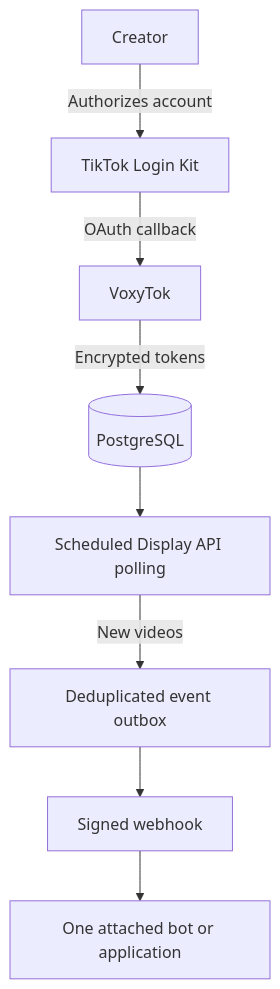
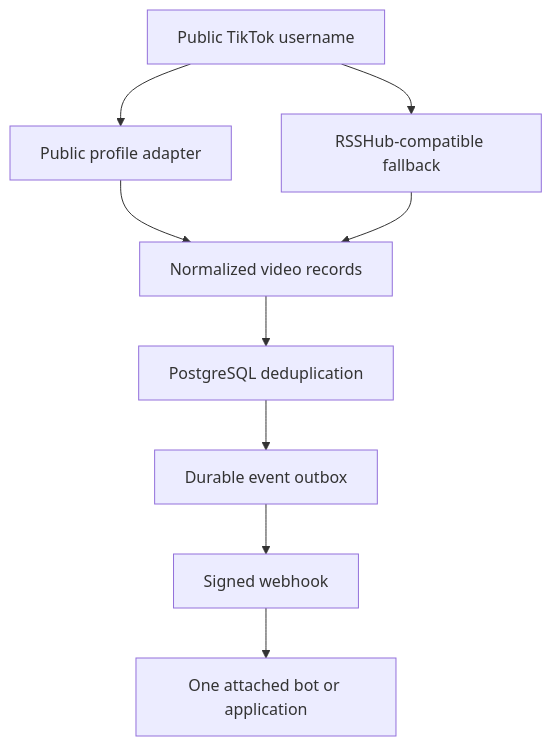
One commit to KuaFeur/VoxyTok changed the diagram in README.md. Above: the diagram before and after it, drawn with Mermaid. The commit also changed other lines of this file and 10 other files, not shown here.

First line of the commit message:
feat: monitor public TikTok profiles without creator OAuth (#1)

````diff
--- a/README.md
+++ b/README.md
@@ -31,10 +20,11 @@
 ```mermaid
 flowchart TD
-    U[Creator] -->|Authorizes account| L[TikTok Login Kit]
-    L -->|OAuth callback| V[VoxyTok]
-    V -->|Encrypted tokens| DB[(PostgreSQL)]
-    DB --> P[Scheduled Display API polling]
-    P -->|New videos| O[Deduplicated event outbox]
-    O --> W[Signed webhook]
-    W --> A[One attached bot or application]
+    A[Public TikTok username] --> B[Public profile adapter]
+    A --> C[RSSHub-compatible fallback]
+    B --> D[Normalized video records]
+    C --> D
+    D --> E[PostgreSQL deduplication]
+    E --> F[Durable event outbox]
+    F --> G[Signed webhook]
+    G --> H[One attached bot or application]
 ```
````
